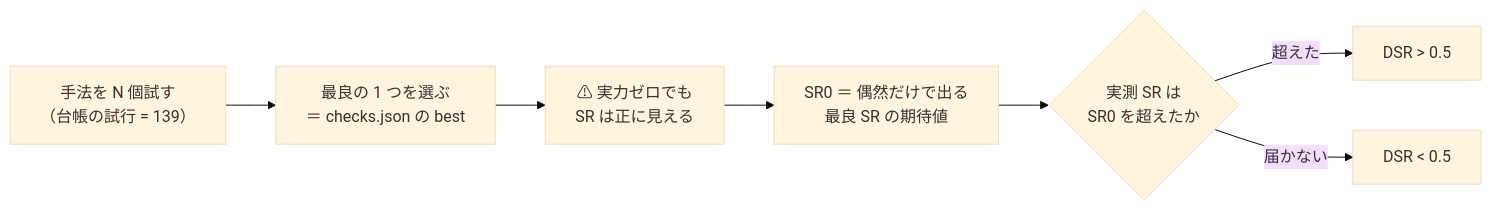
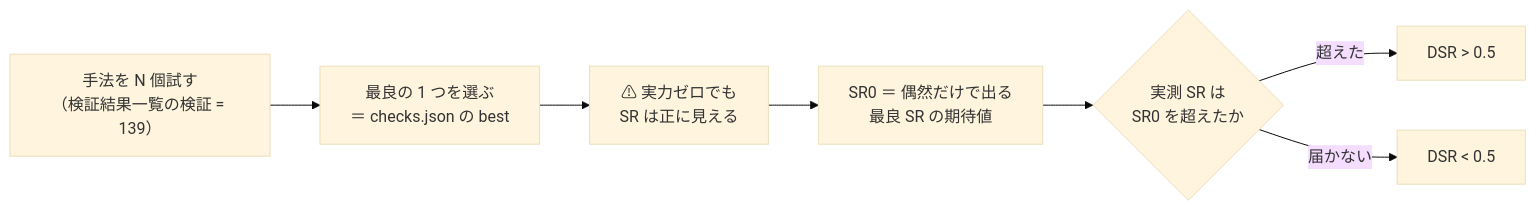
The first of 5 diagrams in docs/specs/experiments/feature-discovery/dsr.md (akiraak/ai-income-lab), drawn with Mermaid (base theme) before and after one commit. The commit also changed other lines of this file and 52 other files, not shown here.

````diff
--- a/docs/specs/experiments/feature-discovery/dsr.md
+++ b/docs/specs/experiments/feature-discovery/dsr.md
@@ -31,9 +31,9 @@
 ```mermaid
 flowchart LR
-  A["手法を N 個試す<br/>（台帳の試行 = 139）"] --> B["最良の 1 つを選ぶ<br/>＝ checks.json の best"]
+  A["手法を N 個試す<br/>（検証結果一覧の検証 = 139）"] --> B["最良の 1 つを選ぶ<br/>＝ checks.json の best"]
   B --> C["⚠ 実力ゼロでも<br/>SR は正に見える"]
   C --> D["SR0 ＝ 偶然だけで出る<br/>最良 SR の期待値"]
   D --> E{"実測 SR は<br/>SR0 を超えたか"}
   E -->|超えた| F["DSR > 0.5"]
   E -->|届かない| G["DSR < 0.5"]
 ```
````
